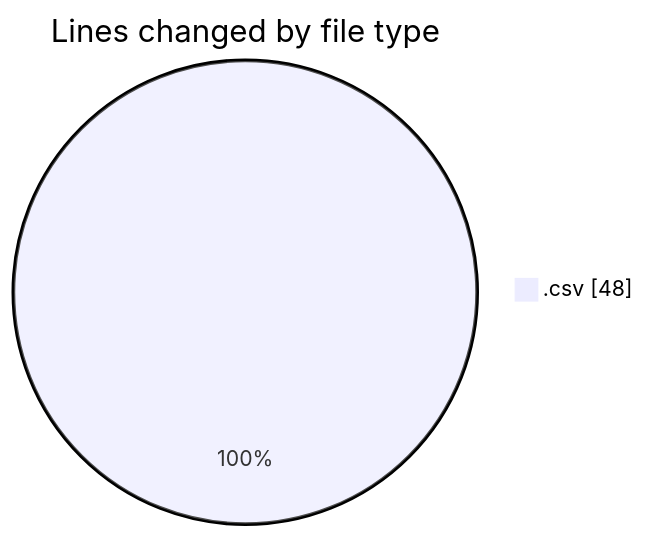
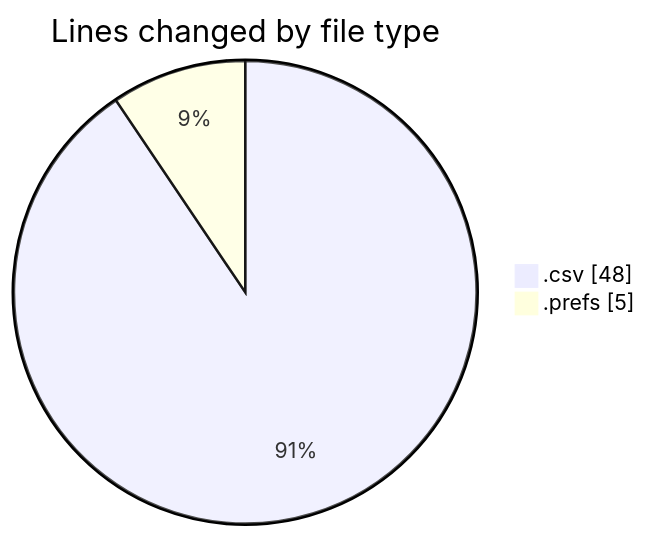
The first of 2 diagrams in 2026-09-22/cilreports__workspace_/README.md (ricardozamudiocil/code-tracking), drawn with Mermaid before and after one commit. The commit also changed other lines of this file and 1 other file, not shown here.

````diff
--- a/2026-09-22/cilreports__workspace_/README.md
+++ b/2026-09-22/cilreports__workspace_/README.md
@@ -20,5 +21,6 @@
 ```mermaid
 pie showData
 title Lines changed by file type
 ".csv" : 48
+".prefs" : 5
 ```
````
